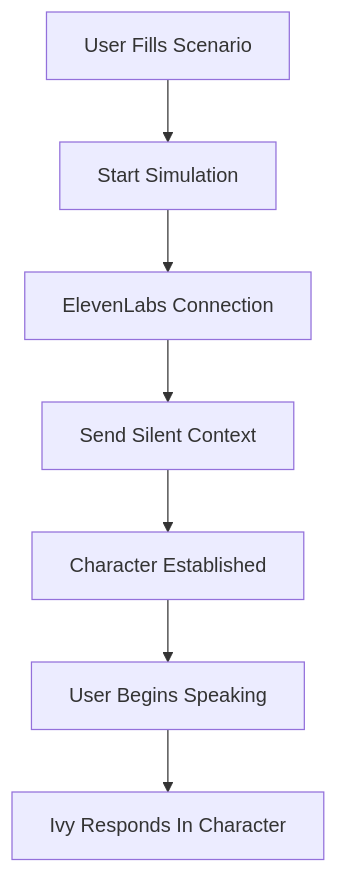
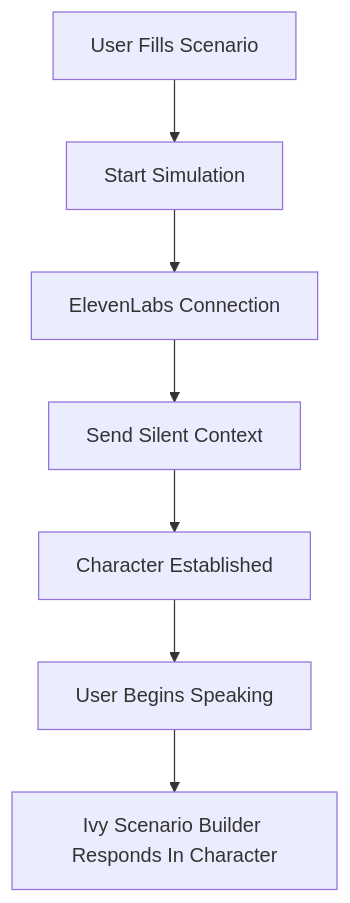
One commit to rinseeprince/sales-training-simulator changed the diagram in IVY_README.md. Above: the diagram before and after it, drawn with Mermaid. The commit also changed other lines of this file and 12 other files, not shown here.

Commit message:
feat: ivy scenario builder improvements and updates

````diff
--- a/IVY_README.md
+++ b/IVY_README.md
@@ -112,9 +112,9 @@
 ```mermaid
 graph TD
     A[User Fills Scenario] --> B[Start Simulation]
     B --> C[ElevenLabs Connection]
     C --> D[Send Silent Context]
     D --> E[Character Established]
     E --> F[User Begins Speaking]
-    F --> G[Ivy Responds In Character]
+    F --> G[Ivy Scenario Builder Responds In Character]
 ```
````
